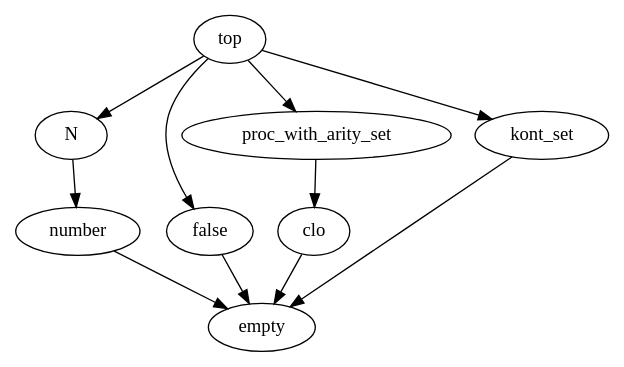
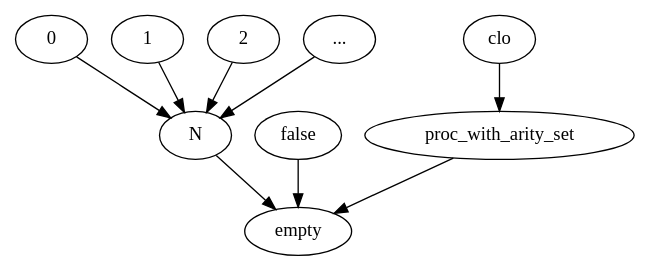
One commit to mhuesch/k-CFA-like changed the diagram in lattice.dot. Above: the diagram before and after it, drawn with Graphviz. The commit also changed 1 other file, not shown here.

```diff
--- a/lattice.dot
+++ b/lattice.dot
@@ -1,6 +1,9 @@
 diGraph G {
-  top -> N -> number -> empty
-  top -> false -> empty
-  top -> proc_with_arity_set -> clo -> empty
-  top -> kont_set -> empty
+  0 -> N
+  1 -> N
+  2 -> N
+  "..." -> N
+  N -> empty
+  false -> empty
+  clo -> proc_with_arity_set -> empty
 }
```
